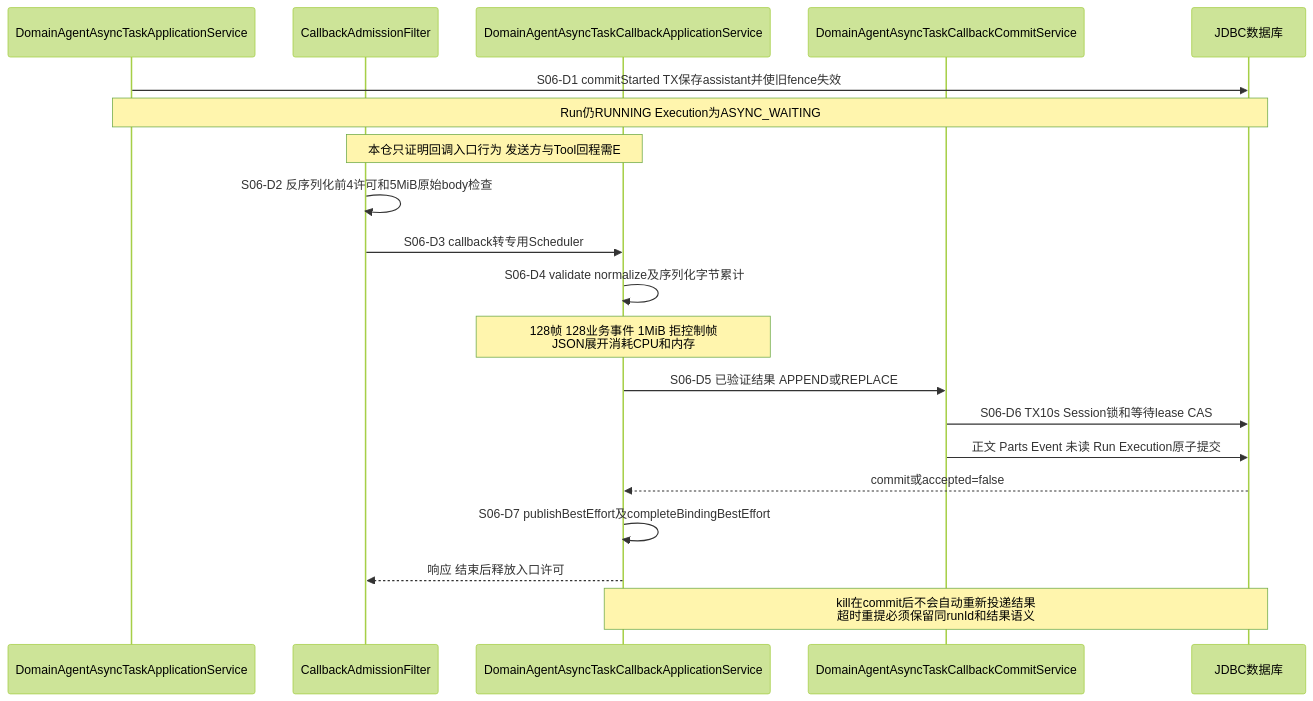
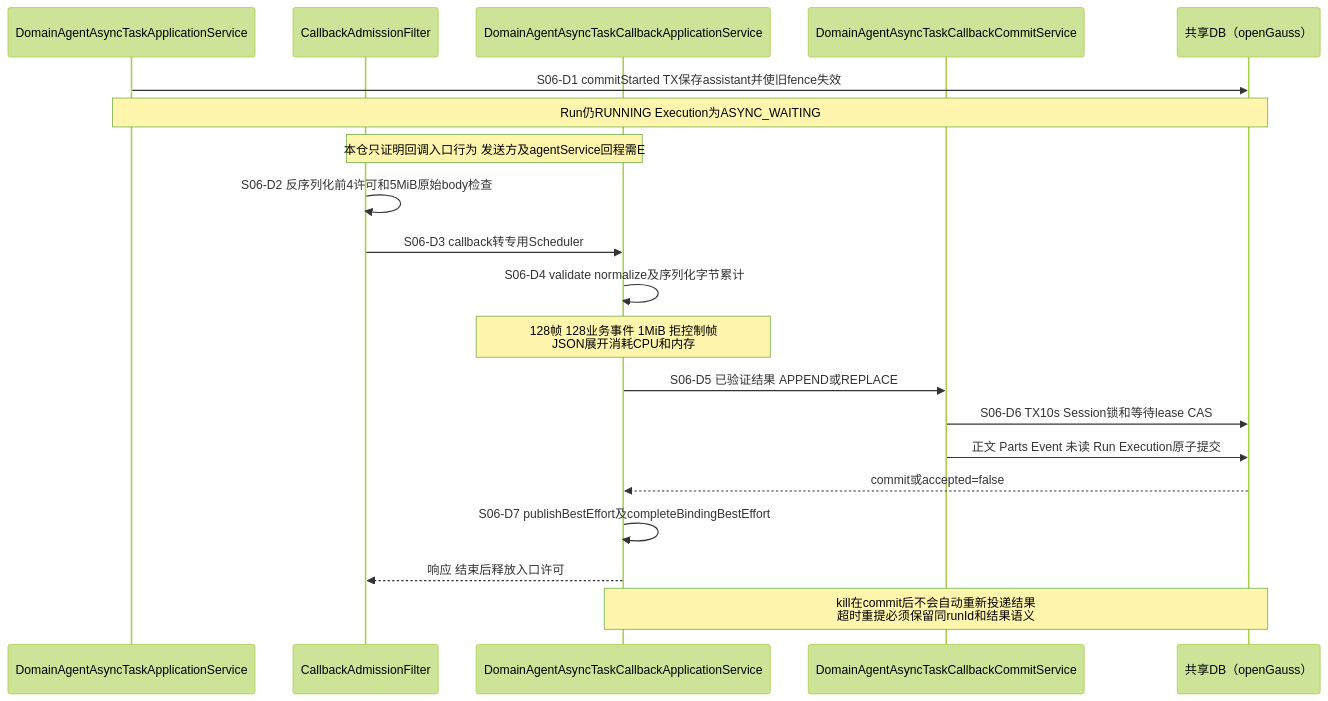
Before and after one commit to kunben-duck/exweb: diagram 12 of 24 in docs/architecture/high-availability/scenarios.md, drawn with Mermaid (forest theme). The commit also changed other lines of this file and 9 other files, not shown here.

````diff
--- a/docs/architecture/high-availability/scenarios.md
+++ b/docs/architecture/high-availability/scenarios.md
@@ -523,22 +631,22 @@
 ```mermaid
 sequenceDiagram
     participant AS as DomainAgentAsyncTaskApplicationService
     participant F as CallbackAdmissionFilter
     participant CB as DomainAgentAsyncTaskCallbackApplicationService
     participant COM as DomainAgentAsyncTaskCallbackCommitService
-    participant DB as JDBC数据库
+    participant DB as 共享DB（openGauss）
     AS->>DB: S06-D1 commitStarted TX保存assistant并使旧fence失效
     Note over AS,DB: Run仍RUNNING Execution为ASYNC_WAITING
-    Note over F,CB: 本仓只证明回调入口行为 发送方与Tool回程需E
+    Note over F,CB: 本仓只证明回调入口行为 发送方及agentService回程需E
     F->>F: S06-D2 反序列化前4许可和5MiB原始body检查
     F->>CB: S06-D3 callback转专用Scheduler
     CB->>CB: S06-D4 validate normalize及序列化字节累计
     Note over CB: 128帧 128业务事件 1MiB 拒控制帧<br/>JSON展开消耗CPU和内存
     CB->>COM: S06-D5 已验证结果 APPEND或REPLACE
     COM->>DB: S06-D6 TX10s Session锁和等待lease CAS
     COM->>DB: 正文 Parts Event 未读 Run Execution原子提交
     DB-->>CB: commit或accepted=false
     CB->>CB: S06-D7 publishBestEffort及completeBindingBestEffort
     CB-->>F: 响应 结束后释放入口许可
     Note over CB,DB: kill在commit后不会自动重新投递结果<br/>超时重提必须保留同runId和结果语义
 ```
````
